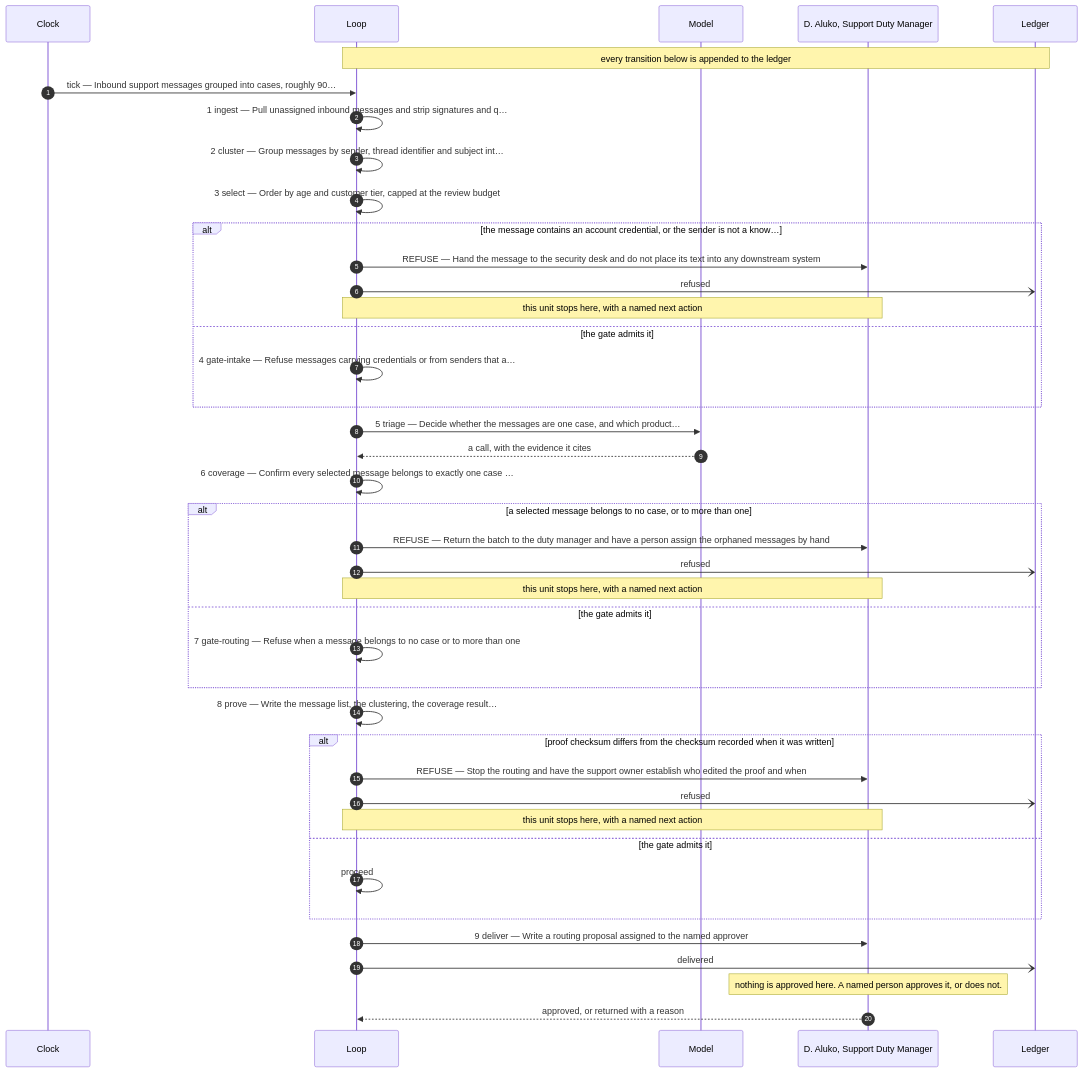
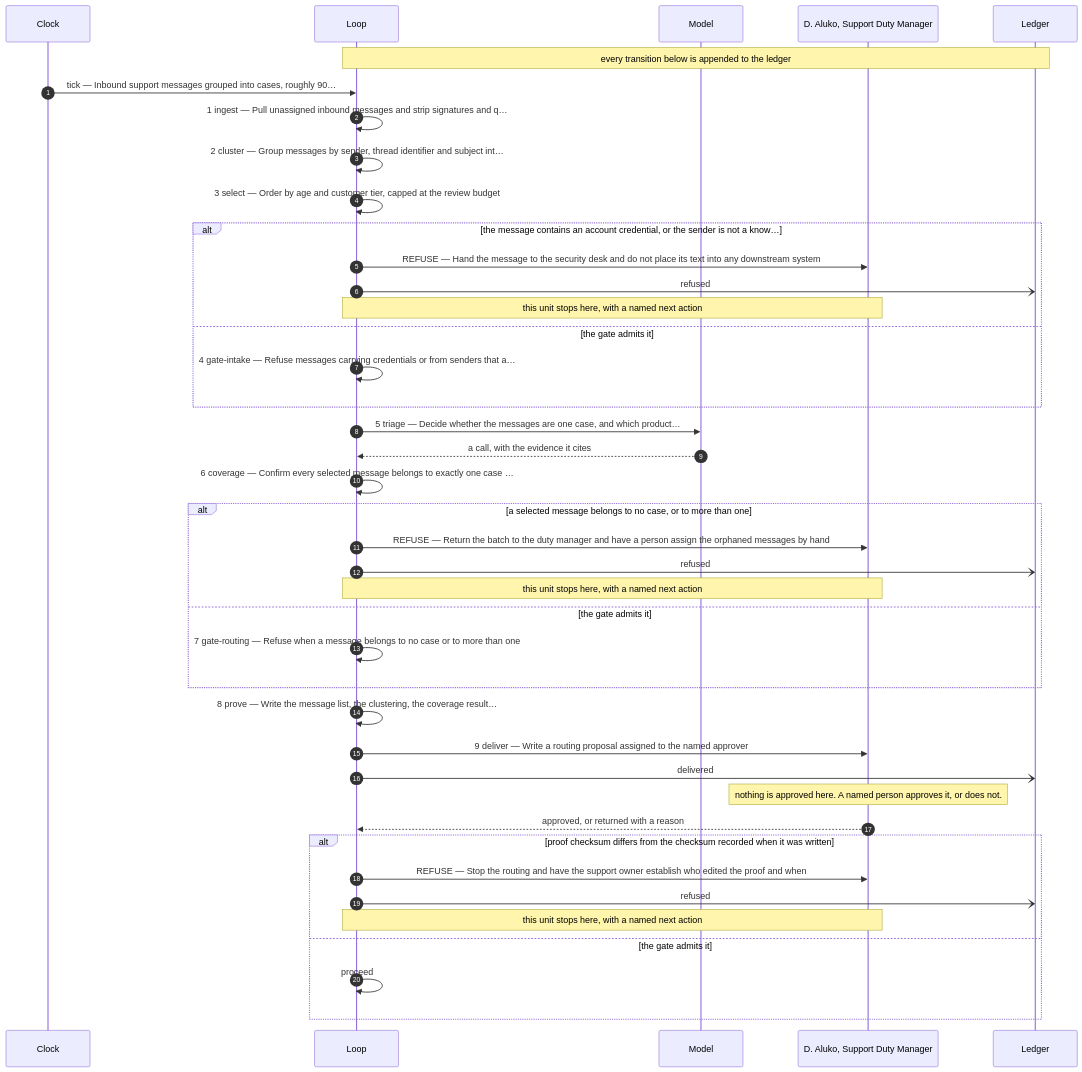
Before and after one commit to TheChrisOneil/agentic-loop: the diagram in course/workshop/loops/support-triage/DESIGN.md, drawn with Mermaid. The commit also changed other lines of this file and 9 other files, not shown here.

````diff
--- a/course/workshop/loops/support-triage/DESIGN.md
+++ b/course/workshop/loops/support-triage/DESIGN.md
@@ -20,47 +20,47 @@
 ```mermaid
 %% Generated by render.sh from the design. Do not edit by hand —
 %% edit the design and render again. This diagram cannot disagree with it.
 sequenceDiagram
     autonumber
     participant C as Clock
     participant L as Loop
     participant M as Model
     participant H as D. Aluko, Support Duty Manager
     participant G as Ledger
 
     Note over L,G: every transition below is appended to the ledger
     C->>L: tick — Inbound support messages grouped into cases, roughly 90…
 
     L->>L: 1 ingest — Pull unassigned inbound messages and strip signatures and q…
     L->>L: 2 cluster — Group messages by sender, thread identifier and subject int…
     L->>L: 3 select — Order by age and customer tier, capped at the review budget
     alt the message contains an account credential, or the sender is not a know…
         L->>H: REFUSE — Hand the message to the security desk and do not place its text into any downstream system
         L-)G: refused
         Note over L,H: this unit stops here, with a named next action
     else the gate admits it
         L->>L: 4 gate-intake — Refuse messages carrying credentials or from senders that a…
     end
     L->>M: 5 triage — Decide whether the messages are one case, and which product…
     M-->>L: a call, with the evidence it cites
     L->>L: 6 coverage — Confirm every selected message belongs to exactly one case …
     alt a selected message belongs to no case, or to more than one
         L->>H: REFUSE — Return the batch to the duty manager and have a person assign the orphaned messages by hand
         L-)G: refused
         Note over L,H: this unit stops here, with a named next action
     else the gate admits it
         L->>L: 7 gate-routing — Refuse when a message belongs to no case or to more than one
     end
     L->>L: 8 prove — Write the message list, the clustering, the coverage result…
+    L->>H: 9 deliver — Write a routing proposal assigned to the named approver
+    L-)G: delivered
+    Note over H: nothing is approved here. A named person approves it, or does not.
+    H-->>L: approved, or returned with a reason
     alt proof checksum differs from the checksum recorded when it was written
         L->>H: REFUSE — Stop the routing and have the support owner establish who edited the proof and when
         L-)G: refused
         Note over L,H: this unit stops here, with a named next action
     else the gate admits it
         L->>L: proceed
     end
-    L->>H: 9 deliver — Write a routing proposal assigned to the named approver
-    L-)G: delivered
-    Note over H: nothing is approved here. A named person approves it, or does not.
-    H-->>L: approved, or returned with a reason
 ```
````
